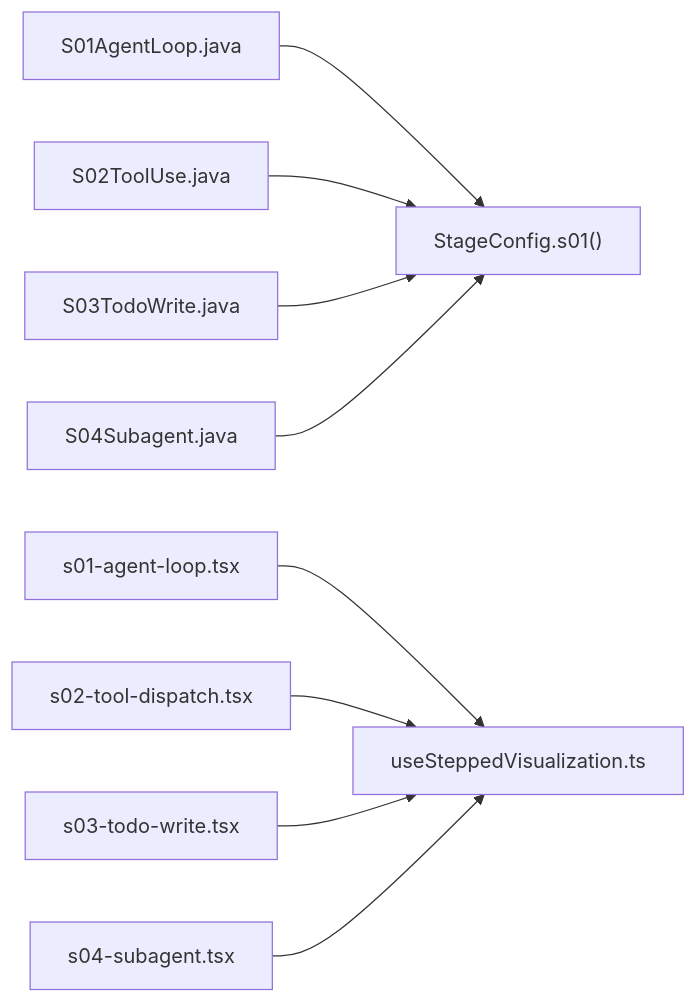
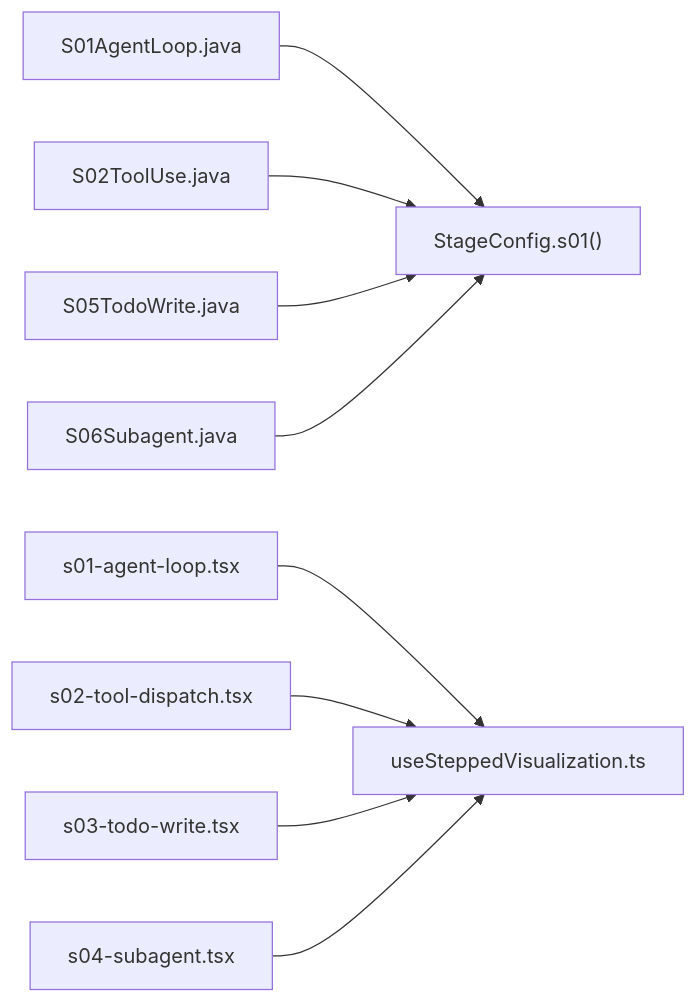
One commit to chenlds1994/learn-claude-code-java changed the seventh of 7 diagrams in .qoder/repowiki/zh/content/前端可视化系统/可视化组件系统/阶段专用可视化组件/基础阶段可视化 (S01-S04).md. Above: the diagram before and after it, drawn with Mermaid. The commit also changed other lines of this file and 143 other files, not shown here.

First line of the commit message:
更新 repowiki 与 drawio 教程图至 17 阶段结构

````diff
--- a/.qoder/repowiki/zh/content/前端可视化系统/可视化组件系统/阶段专用可视化组件/基础阶段可视化 (S01-S04).md
+++ b/.qoder/repowiki/zh/content/前端可视化系统/可视化组件系统/阶段专用可视化组件/基础阶段可视化 (S01-S04).md
@@ -286,11 +286,11 @@
 ```mermaid
 graph LR
 S01["S01AgentLoop.java"] --> CFG["StageConfig.s01()"]
 S02["S02ToolUse.java"] --> CFG
-S03["S03TodoWrite.java"] --> CFG
-S04["S04Subagent.java"] --> CFG
+S05["S05TodoWrite.java"] --> CFG
+S06["S06Subagent.java"] --> CFG
 V1["s01-agent-loop.tsx"] --> Hook["useSteppedVisualization.ts"]
 V2["s02-tool-dispatch.tsx"] --> Hook
 V3["s03-todo-write.tsx"] --> Hook
 V4["s04-subagent.tsx"] --> Hook
 ```
````
